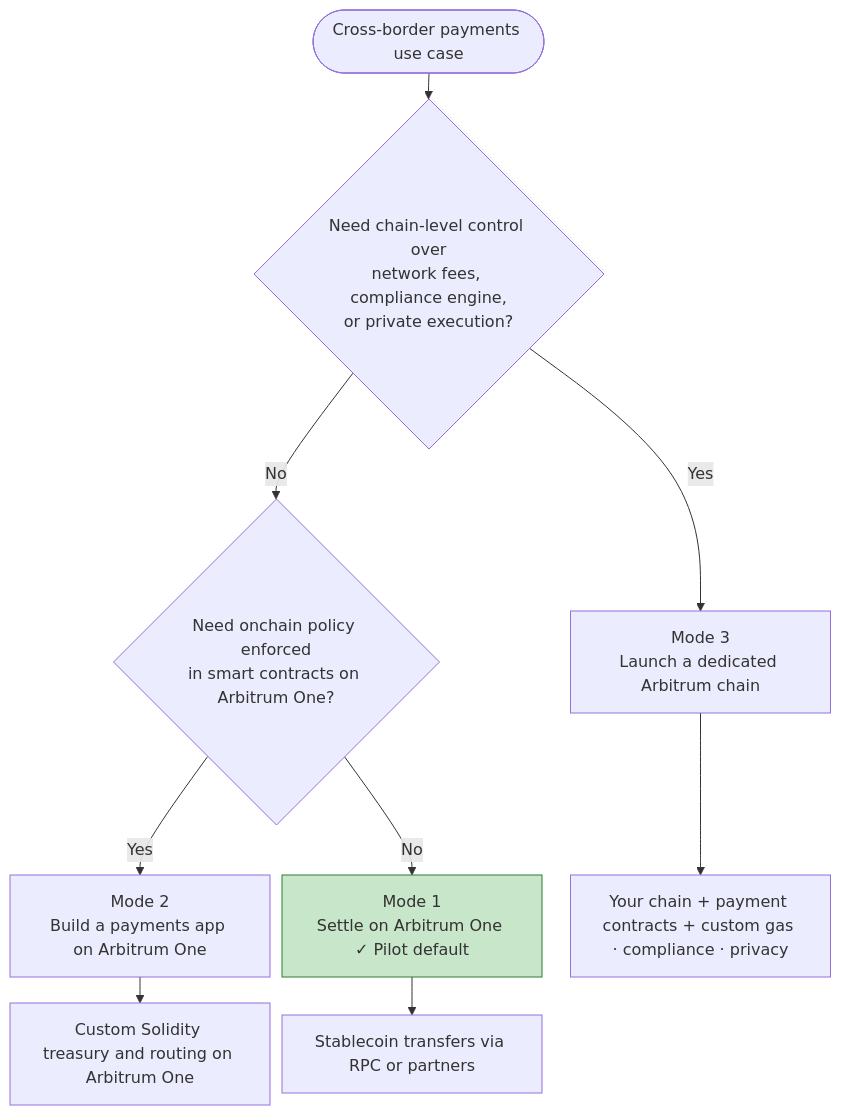
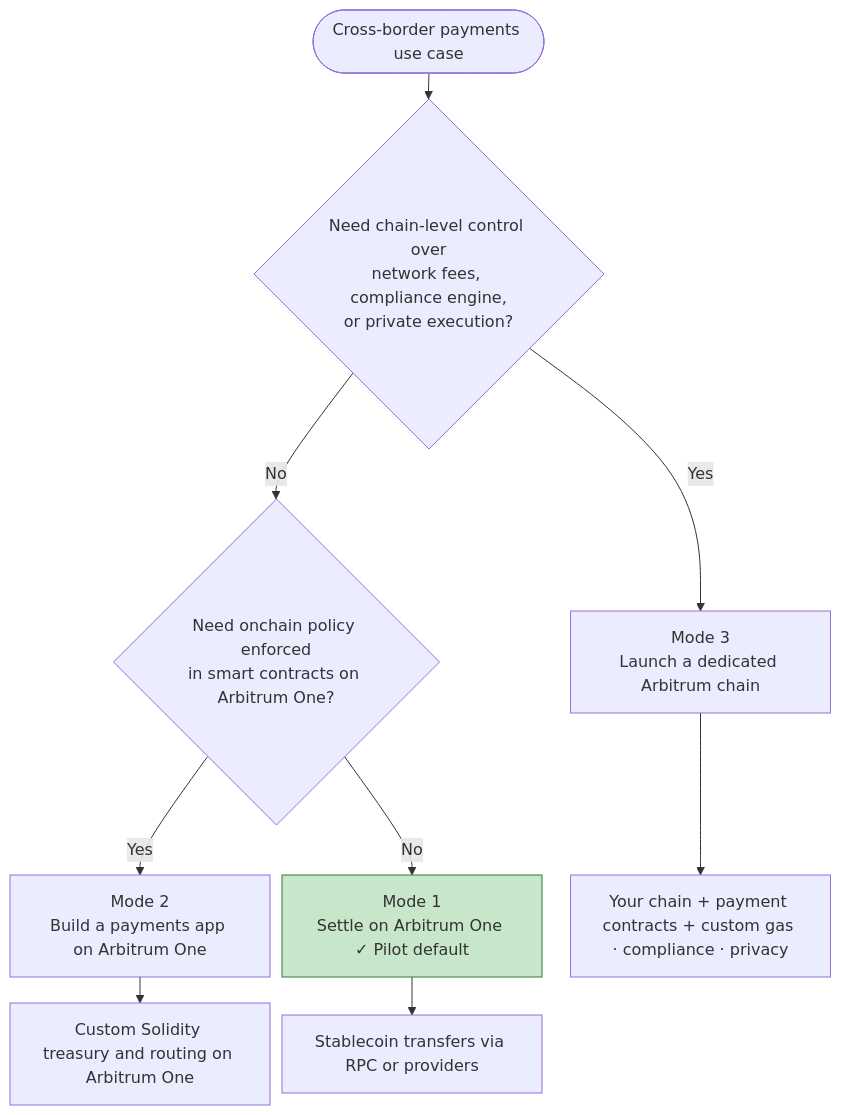
One commit to santiocl/arbitrum-docs changed the third of 4 diagrams in docs/solutions/cross-border-payments.mdx. Above: the diagram before and after it, drawn with Mermaid. The commit also changed other lines of this file, not shown here.

Commit message:
Update cross-border payments: non-USD stables, Offchain rebrand, service providers

````diff
--- a/docs/solutions/cross-border-payments.mdx
+++ b/docs/solutions/cross-border-payments.mdx
@@ -129,15 +129,15 @@
 ```mermaid
 %%{init: {'flowchart': {'nodeSpacing': 12, 'rankSpacing': 26}}}%%
 flowchart TD
     START([Cross-border payments use case]) --> Q1{Need chain-level control over<br/>network fees, compliance engine,<br/>or private execution?}
     Q1 -->|Yes| M3[Mode 3<br/>Launch a dedicated Arbitrum chain]
     Q1 -->|No| Q2{Need onchain policy enforced<br/>in smart contracts on Arbitrum One?}
     Q2 -->|Yes| M2[Mode 2<br/>Build a payments app on Arbitrum One]
     Q2 -->|No| M1[Mode 1<br/>Settle on Arbitrum One ✓ Pilot default]
 
-    M1 --> M1D[Stablecoin transfers via RPC or partners]
+    M1 --> M1D[Stablecoin transfers via RPC or providers]
     M2 --> M2D[Custom Solidity treasury and routing on Arbitrum One]
     M3 --> M3D[Your chain + payment contracts + custom gas · compliance · privacy]
 
     style M1 fill:#c8e6c9,stroke:#2e7d32
 ```
````
